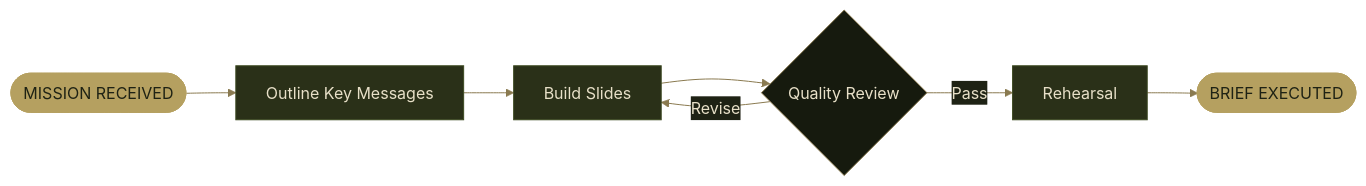
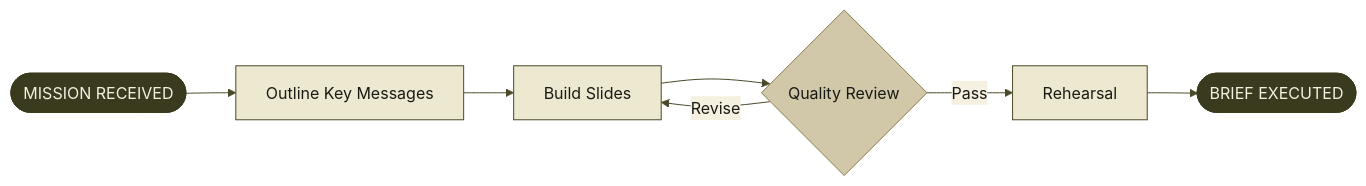
One commit to pjdoland/slidev-theme-field-manual changed the first of 3 diagrams in example.md. Above: the diagram before and after it, drawn with Mermaid. The commit also changed other lines of this file and 33 other files, not shown here.

First line of the commit message:
rename FM 21→24; restore light mermaid palette; cover/section polish; update README

````diff
--- a/example.md
+++ b/example.md
@@ -774,16 +801,16 @@
 ```mermaid
-%%{init: {'theme': 'base', 'flowchart': {'useMaxWidth': true}, 'themeVariables': {'background': '#1e2214', 'primaryColor': '#2a3018', 'primaryTextColor': '#e8e0c8', 'primaryBorderColor': '#3d4a22', 'lineColor': '#8a7a50', 'titleColor': '#e8e0c8', 'edgeLabelBackground': '#1e2214'}}}%%
+%%{init: {'theme': 'base', 'flowchart': {'useMaxWidth': true}, 'themeVariables': {'background': '#f5f0e0', 'primaryColor': '#ede8d0', 'primaryTextColor': '#1a1a14', 'primaryBorderColor': '#8a7a50', 'lineColor': '#4a4a2a', 'titleColor': '#3a3a1e', 'edgeLabelBackground': '#f5f0e0'}}}%%
 flowchart LR
     A([MISSION RECEIVED]) --> B[Outline Key Messages]
     B --> C[Build Slides]
     C --> D{Quality Review}
     D -- Pass --> E[Rehearsal]
     D -- Revise --> C
     E --> F([BRIEF EXECUTED])
-    classDef terminal fill:#b5a060,stroke:#b5a060,color:#1e2214
-    classDef step fill:#2a3018,stroke:#3d4a22,color:#e8e0c8
-    classDef decision fill:#161a0e,stroke:#8a7a50,color:#e8e0c8
+    classDef terminal fill:#3a3a1e,stroke:#3a3a1e,color:#f5f0e0
+    classDef step fill:#ede8d0,stroke:#4a4a2a,color:#1a1a14
+    classDef decision fill:#d0c8a8,stroke:#8a7a50,color:#1a1a14
     class A,F terminal
     class B,C,E step
     class D decision
 ```
````
